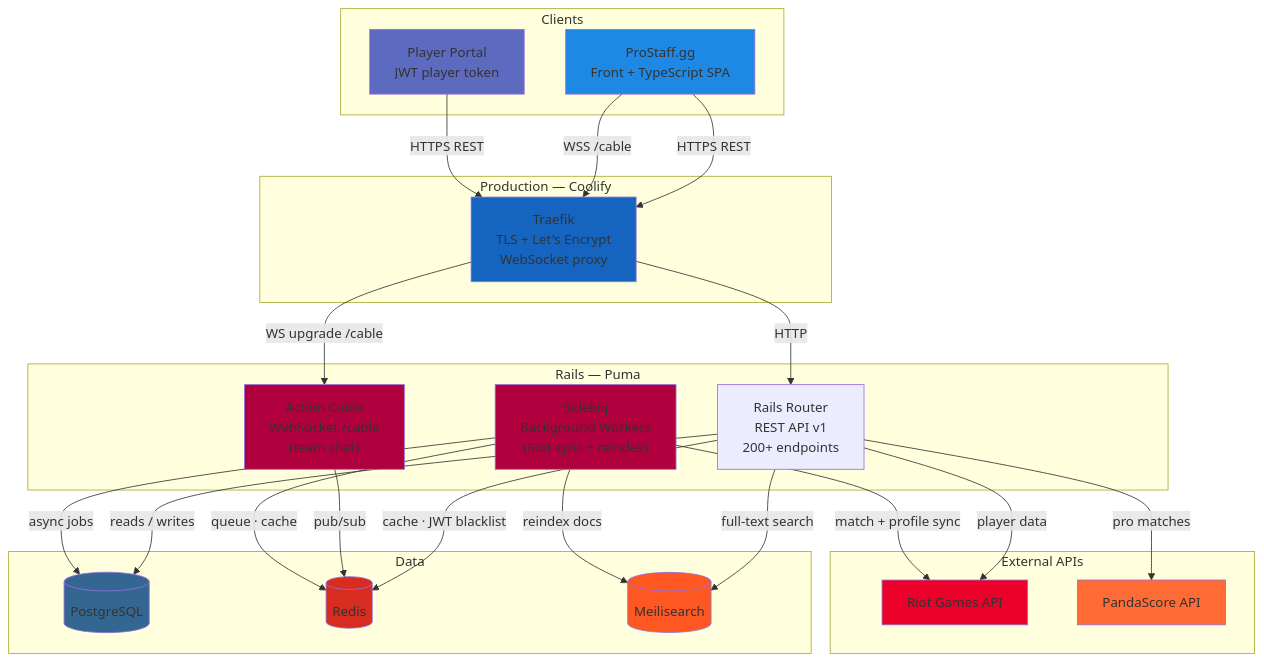
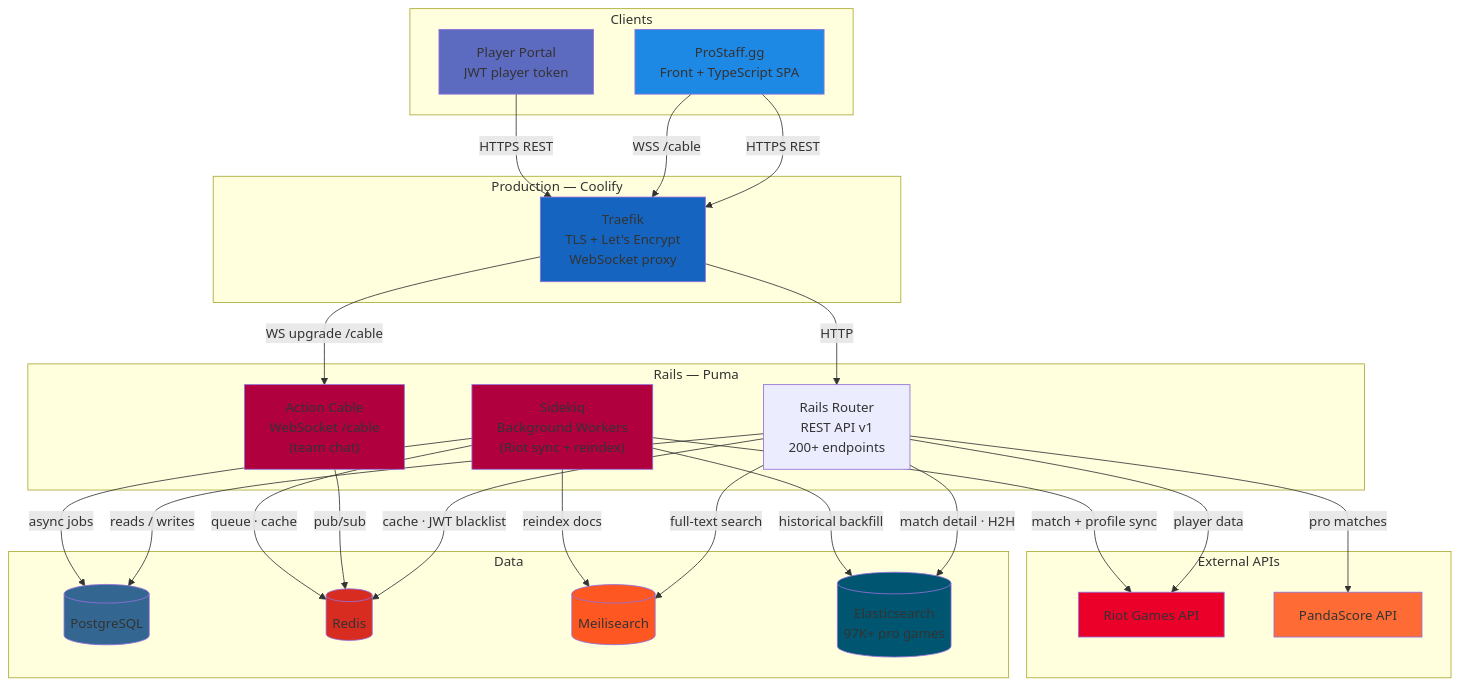
One commit to Bulletdev/prostaff-api changed the second of 2 diagrams in README.md. Above: the diagram before and after it, drawn with Mermaid. The commit also changed other lines of this file and 9 other files, not shown here.

First line of the commit message:
feat: implement pro match details

````diff
--- a/README.md
+++ b/README.md
@@ -1158,58 +1166,62 @@
 ```mermaid
 graph TB
     subgraph "Clients"
         FrontendApp["ProStaff.gg<br/>Front + TypeScript SPA"]
         PlayerPortal["Player Portal<br/>JWT player token"]
     end
 
     subgraph "Production — Coolify"
         Traefik["Traefik<br/>TLS + Let's Encrypt<br/>WebSocket proxy"]
     end
 
     subgraph "Rails — Puma"
         Cable["Action Cable<br/>WebSocket /cable<br/>(team chat)"]
         Router["Rails Router<br/>REST API v1<br/>200+ endpoints"]
         Sidekiq["Sidekiq<br/>Background Workers<br/>(Riot sync + reindex)"]
     end
 
     subgraph "Data"
         PG[("PostgreSQL")]
         RD[("Redis")]
         Meili[("Meilisearch")]
+        ES[("Elasticsearch\n97K+ pro games")]
     end
 
     subgraph "External APIs"
         RiotAPI["Riot Games API"]
         PandaScore["PandaScore API"]
     end
 
     FrontendApp -- "HTTPS REST" --> Traefik
     FrontendApp -- "WSS /cable" --> Traefik
     PlayerPortal -- "HTTPS REST" --> Traefik
 
     Traefik -- "HTTP" --> Router
     Traefik -- "WS upgrade /cable" --> Cable
 
     Router -- "reads / writes" --> PG
     Router -- "cache · JWT blacklist" --> RD
     Router -- "full-text search" --> Meili
     Cable -- "pub/sub" --> RD
     Sidekiq -- "async jobs" --> PG
     Sidekiq -- "queue · cache" --> RD
     Sidekiq -- "reindex docs" --> Meili
 
     Router -- "player data" --> RiotAPI
     Sidekiq -- "match + profile sync" --> RiotAPI
     Router -- "pro matches" --> PandaScore
+    Router -- "match detail · H2H" --> ES
+    Sidekiq -- "historical backfill" --> ES
 
     style FrontendApp fill:#1e88e5
     style PlayerPortal fill:#5c6bc0
     style Traefik fill:#1565c0
     style Cable fill:#b1003e
     style Sidekiq fill:#b1003e
     style PG fill:#336791
     style RD fill:#d82c20
     style Meili fill:#ff5722
+    style ES fill:#005571
     style RiotAPI fill:#eb0029
     style PandaScore fill:#ff6b35
 ```
````
